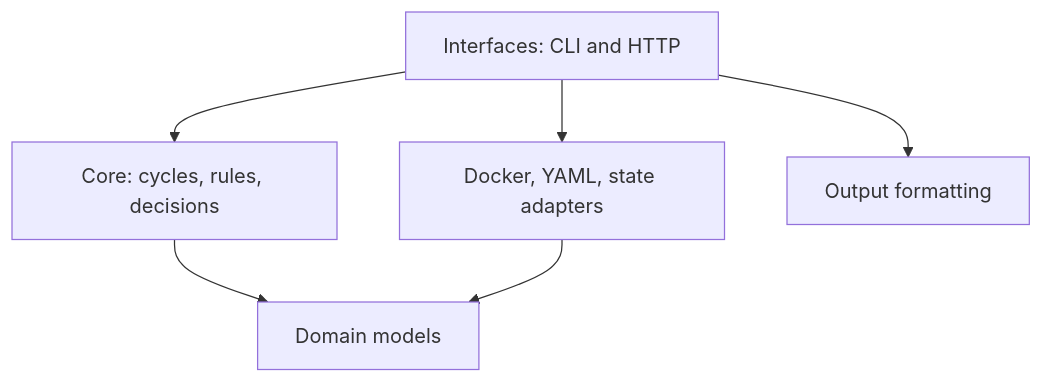
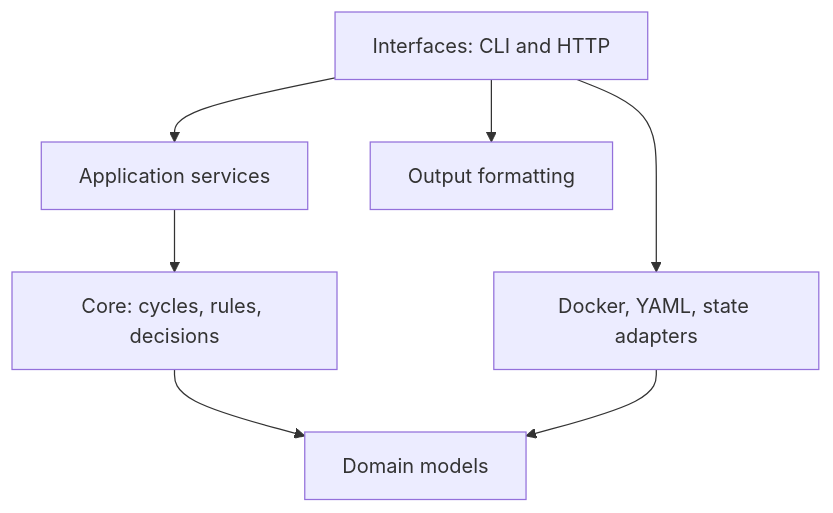
One commit to decryptus/monit-docker changed the diagram in docs/architecture.md. Above: the diagram before and after it, drawn with Mermaid. The commit also changed other lines of this file and 15 other files, not shown here.

Commit message:
refactor: extract neutral scenario and monitoring application services

````diff
--- a/docs/architecture.md
+++ b/docs/architecture.md
@@ -9,8 +9,9 @@
 ```mermaid
 flowchart TD
-    CLI["Interfaces: CLI and HTTP"] --> Core["Core: cycles, rules, decisions"]
+    CLI["Interfaces: CLI and HTTP"] --> App["Application services"]
+    App --> Core["Core: cycles, rules, decisions"]
     Core --> Domain["Domain models"]
     Adapters["Docker, YAML, state adapters"] --> Domain
     CLI --> Adapters
     CLI --> Outputs["Output formatting"]
 ```
````
